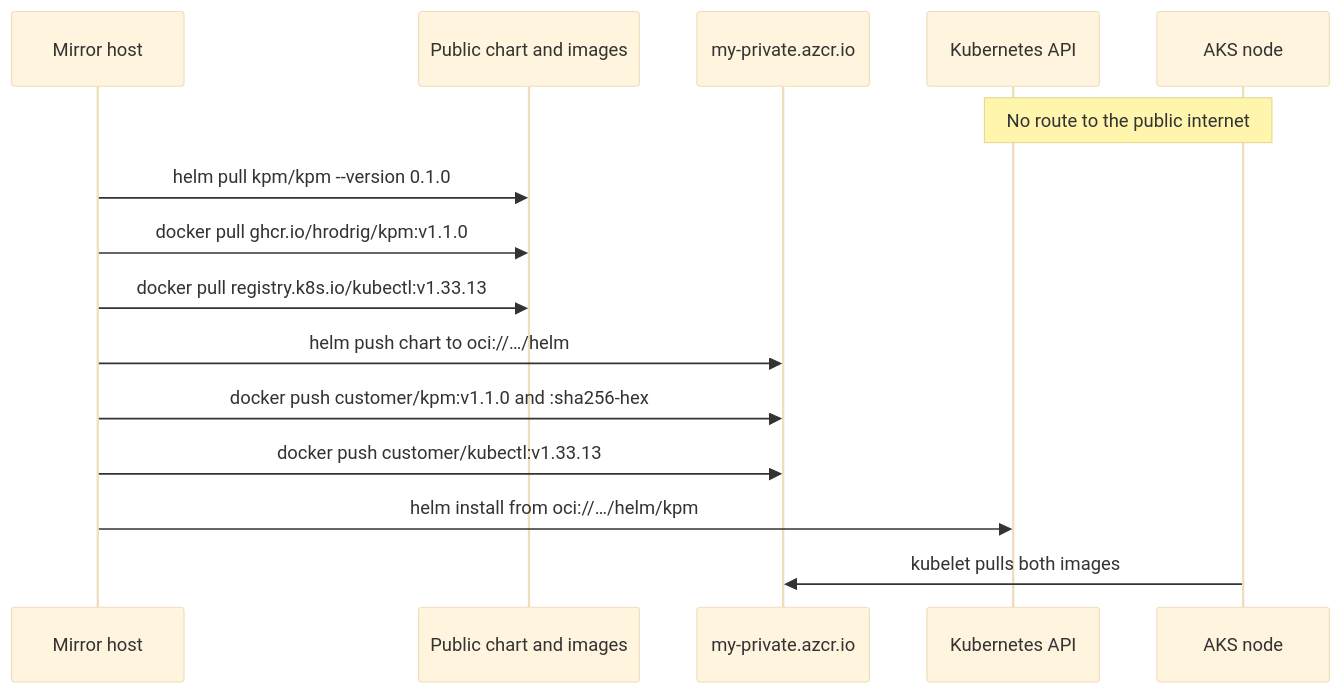
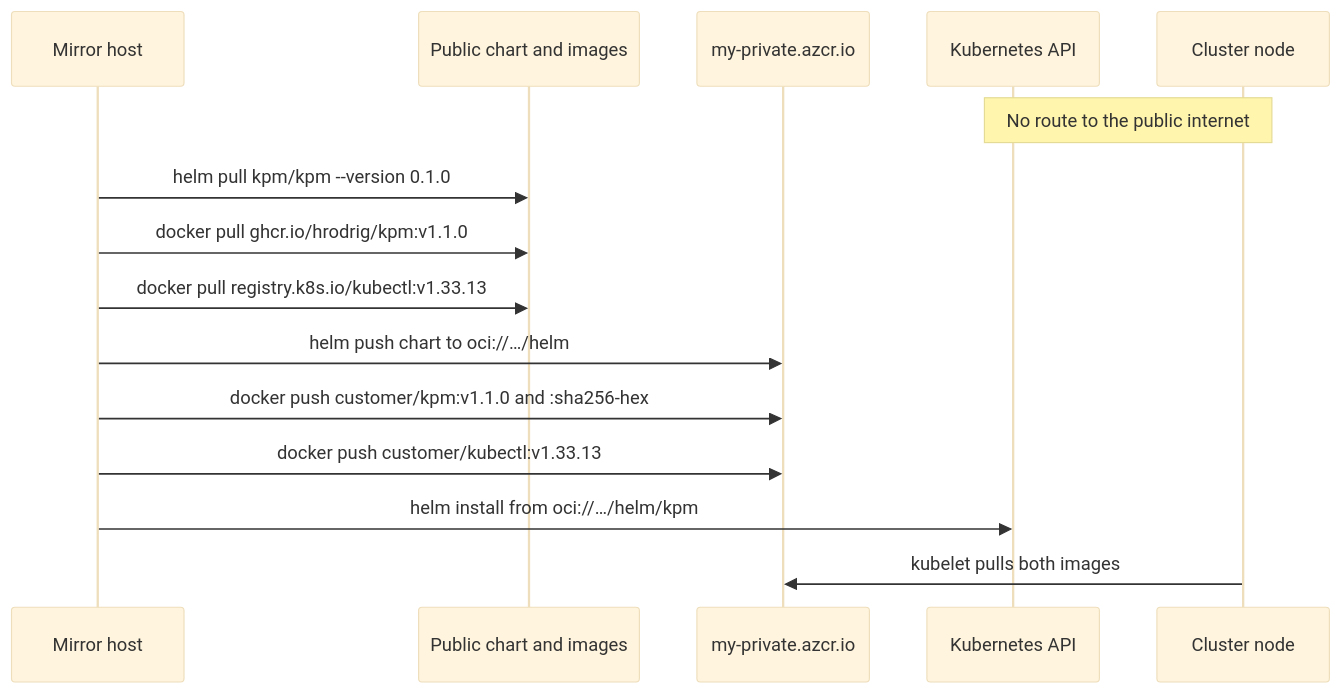
Before and after one commit to hrodrig/kpm-selfhosted: the diagram in run/kubernetes/private-registry.md, drawn with Mermaid (base theme). The commit also changed other lines of this file, not shown here.

First line of the commit message:
Describe the private-registry mirror for any cluster with no egress

````diff
--- a/run/kubernetes/private-registry.md
+++ b/run/kubernetes/private-registry.md
@@ -16,18 +18,18 @@
 ```mermaid
 sequenceDiagram
   participant Op as Mirror host
   participant Pub as Public chart and images
   participant Reg as my-private.azcr.io
   participant API as Kubernetes API
-  participant Node as AKS node
+  participant Node as Cluster node
 
   Note over API,Node: No route to the public internet
   Op->>Pub: helm pull kpm/kpm --version 0.1.0
   Op->>Pub: docker pull ghcr.io/hrodrig/kpm:v1.1.0
   Op->>Pub: docker pull registry.k8s.io/kubectl:v1.33.13
   Op->>Reg: helm push chart to oci://…/helm
   Op->>Reg: docker push customer/kpm:v1.1.0 and :sha256-hex
   Op->>Reg: docker push customer/kubectl:v1.33.13
   Op->>API: helm install from oci://…/helm/kpm
   Node->>Reg: kubelet pulls both images
 ```
````
